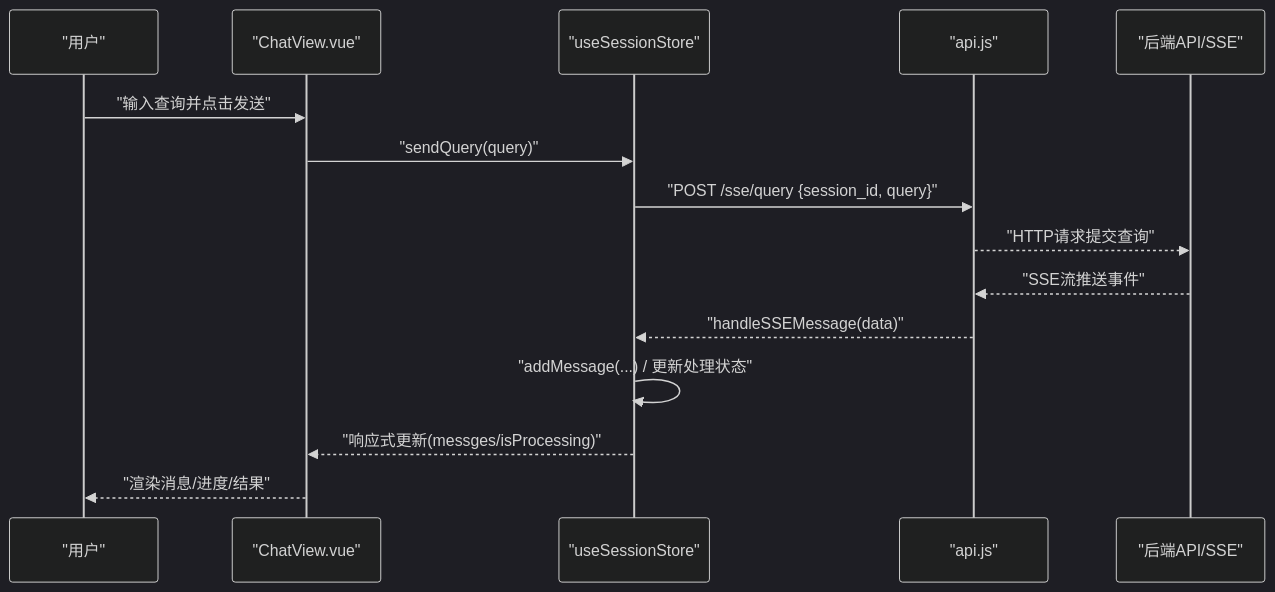
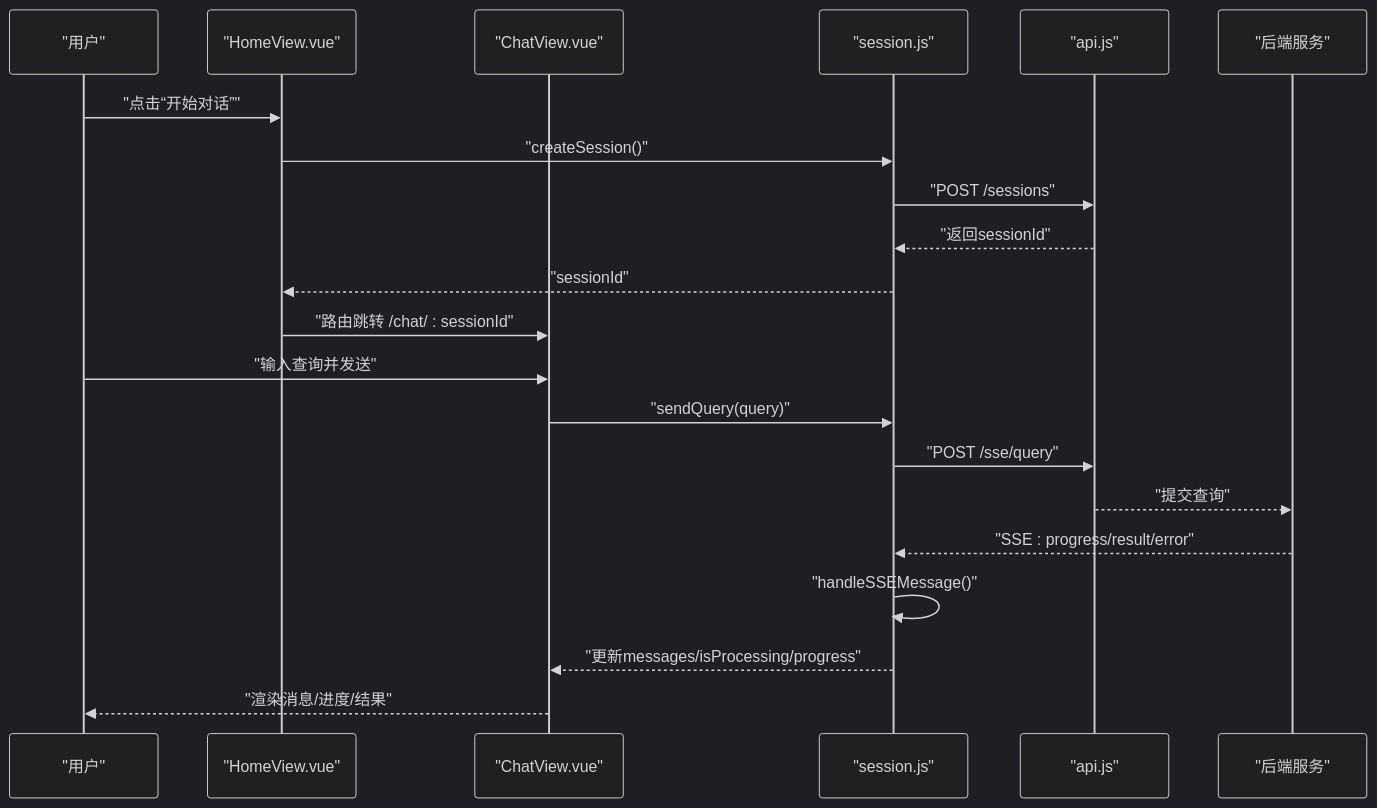
Before and after one commit to HanHuiOnLine/724-office: the second of 6 diagrams in NL2SQL/.qoder/repowiki/zh/content/前端应用/状态管理.md, drawn with Mermaid (dark theme). The commit also changed other lines of this file and 200 other files, not shown here.

````diff
--- a/NL2SQL/.qoder/repowiki/zh/content/前端应用/状态管理.md
+++ b/NL2SQL/.qoder/repowiki/zh/content/前端应用/状态管理.md
@@ -92,17 +96,23 @@
 ```mermaid
 sequenceDiagram
 participant U as "用户"
-participant C as "ChatView.vue"
-participant S as "useSessionStore"
-participant A as "api.js"
-participant B as "后端API/SSE"
-U->>C : "输入查询并点击发送"
-C->>S : "sendQuery(query)"
-S->>A : "POST /sse/query {session_id, query}"
-A-->>B : "HTTP请求提交查询"
-B-->>A : "SSE流推送事件"
-A-->>S : "handleSSEMessage(data)"
-S->>S : "addMessage(...) / 更新处理状态"
-S-->>C : "响应式更新(messges/isProcessing)"
-C-->>U : "渲染消息/进度/结果"
+participant HV as "HomeView.vue"
+participant CV as "ChatView.vue"
+participant SS as "session.js"
+participant API as "api.js"
+participant BE as "后端服务"
+U->>HV : "点击“开始对话”"
+HV->>SS : "createSession()"
+SS->>API : "POST /sessions"
+API-->>SS : "返回sessionId"
+SS-->>HV : "sessionId"
+HV->>CV : "路由跳转 /chat/ : sessionId"
+U->>CV : "输入查询并发送"
+CV->>SS : "sendQuery(query)"
+SS->>API : "POST /sse/query"
+API-->>BE : "提交查询"
+BE-->>SS : "SSE : progress/result/error"
+SS->>SS : "handleSSEMessage()"
+SS-->>CV : "更新messages/isProcessing/progress"
+CV-->>U : "渲染消息/进度/结果"
 ```
````
